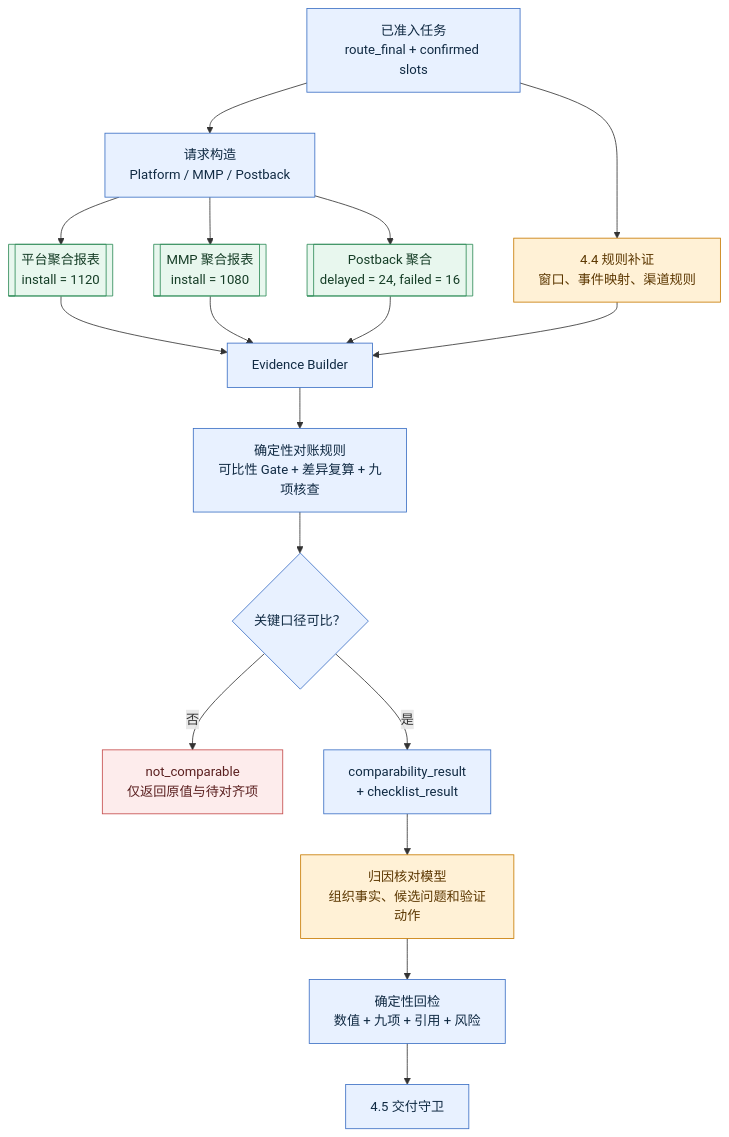
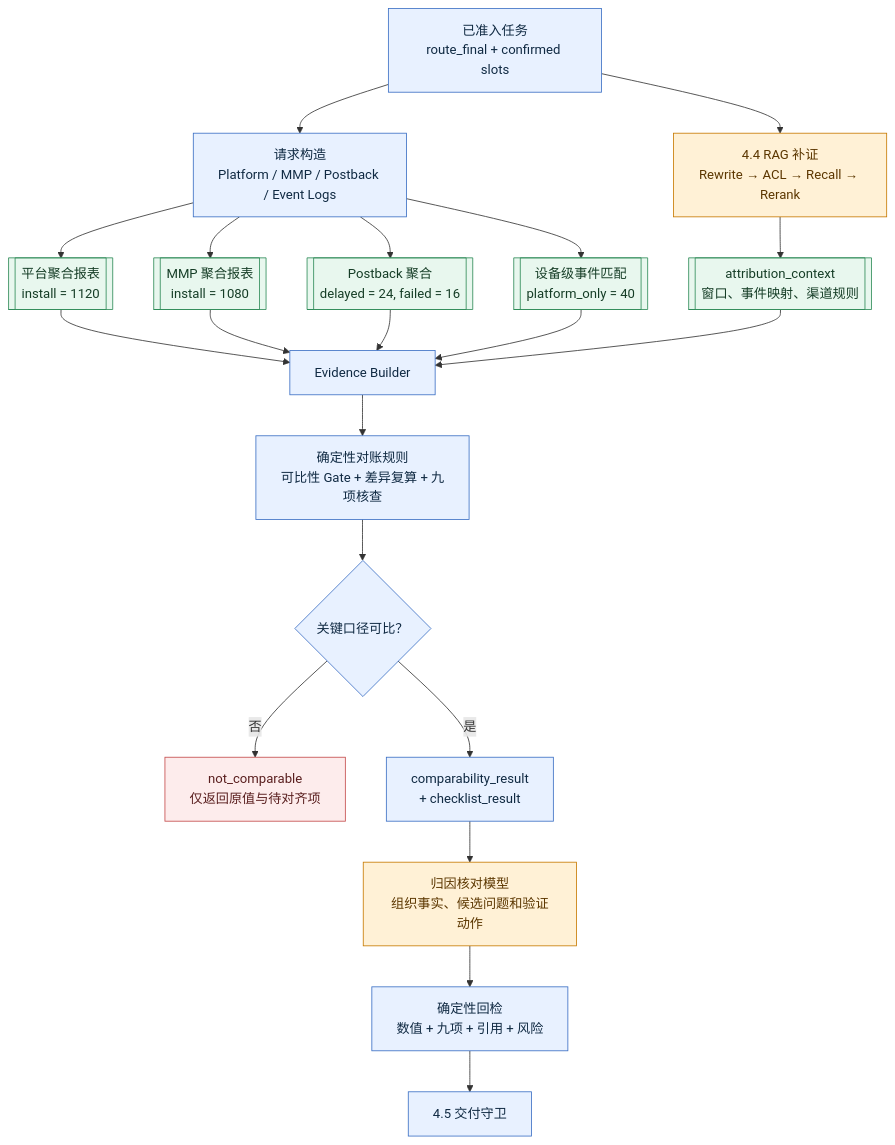
The seventh of 11 diagrams in 03_prd/adops_attribution_layered_prd_v5/00-ai-prd-full.md (linkaka970105/ai-pm-adops-copilot), drawn with Mermaid before and after one commit. The commit also changed other lines of this file and 2 other files, not shown here.

````diff
--- a/03_prd/adops_attribution_layered_prd_v5/00-ai-prd-full.md
+++ b/03_prd/adops_attribution_layered_prd_v5/00-ai-prd-full.md
@@ -1452,28 +1452,31 @@
 ```mermaid
 flowchart TD
-  A["已准入任务<br/>route_final + confirmed slots"] --> B["请求构造<br/>Platform / MMP / Postback"]
+  A["已准入任务<br/>route_final + confirmed slots"] --> B["请求构造<br/>Platform / MMP / Postback / Event Logs"]
   B --> C1[["平台聚合报表<br/>install = 1120"]]
   B --> C2[["MMP 聚合报表<br/>install = 1080"]]
   B --> C3[["Postback 聚合<br/>delayed = 24, failed = 16"]]
-  A --> D["4.4 规则补证<br/>窗口、事件映射、渠道规则"]
+  B --> C4[["设备级事件匹配<br/>platform_only = 40"]]
+  A --> D["4.4 RAG 补证<br/>Rewrite → ACL → Recall → Rerank"]
+  D --> D1[["attribution_context<br/>窗口、事件映射、渠道规则"]]
   C1 --> E["Evidence Builder"]
   C2 --> E
   C3 --> E
-  D --> E
+  C4 --> E
+  D1 --> E
   E --> F["确定性对账规则<br/>可比性 Gate + 差异复算 + 九项核查"]
   F --> G{"关键口径可比？"}
   G -->|否| G1["not_comparable<br/>仅返回原值与待对齐项"]
   G -->|是| H["comparability_result<br/>+ checklist_result"]
   H --> I["归因核对模型<br/>组织事实、候选问题和验证动作"]
   I --> J["确定性回检<br/>数值 + 九项 + 引用 + 风险"]
   J --> K["4.5 交付守卫"]
 
   classDef deterministic fill:#E8F1FF,stroke:#3B6FC4,color:#102A43;
   classDef model fill:#FFF1D6,stroke:#C77A00,color:#5C3700;
   classDef data fill:#E8F7EE,stroke:#2E8B57,color:#153D26;
   classDef stop fill:#FDECEC,stroke:#C44B4B,color:#5A1F1F;
   class A,B,E,F,G,H,J,K deterministic;
   class D,I model;
-  class C1,C2,C3 data;
+  class C1,C2,C3,C4,D1 data;
   class G1 stop;
 ```
````
